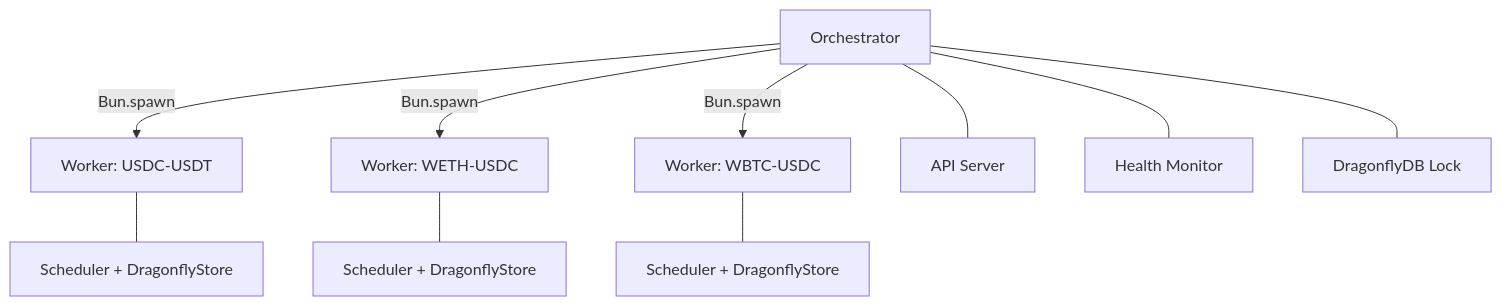
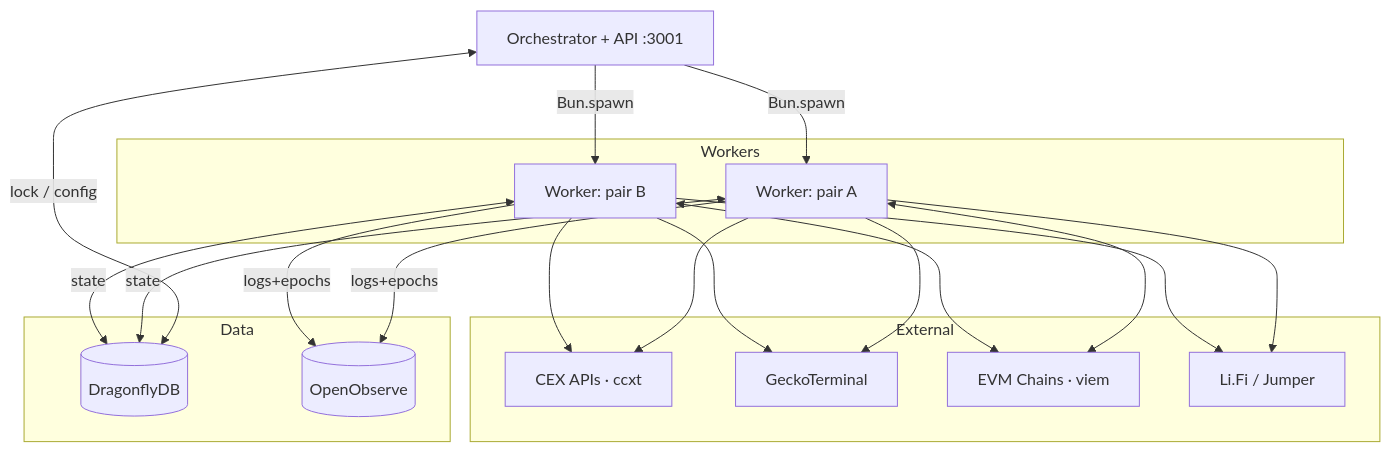
The first of 2 diagrams in docs/architecture.md (btr-supply/light-alm), drawn with Mermaid before and after one commit. The commit also changed other lines of this file and 5 other files, not shown here.

First line of the commit message:
docs: update architecture diagram, remove redundant overview

````diff
--- a/docs/architecture.md
+++ b/docs/architecture.md
@@ -5,12 +5,27 @@
 ```mermaid
 graph TD
-    O[Orchestrator] -->|Bun.spawn| W1[Worker: USDC-USDT]
-    O -->|Bun.spawn| W2[Worker: WETH-USDC]
-    O -->|Bun.spawn| W3[Worker: WBTC-USDC]
-    O --- API[API Server]
-    O --- HM[Health Monitor]
-    O --- DL[DragonflyDB Lock]
-    W1 --- S1[Scheduler + DragonflyStore]
-    W2 --- S2[Scheduler + DragonflyStore]
-    W3 --- S3[Scheduler + DragonflyStore]
+    O[Orchestrator + API :3001] -->|Bun.spawn| W1 & W2
+
+    subgraph Workers
+        W1[Worker: pair A]
+        W2[Worker: pair B]
+    end
+
+    subgraph Data
+        DF[(DragonflyDB)]
+        O2[(OpenObserve)]
+    end
+
+    subgraph External
+        CEX[CEX APIs · ccxt]
+        GECKO[GeckoTerminal]
+        CHAINS[EVM Chains · viem]
+        BRIDGE[Li.Fi / Jumper]
+    end
+
+    O <-->|lock / config| DF
+    W1 & W2 <-->|state| DF
+    W1 & W2 -->|logs+epochs| O2
+    W1 & W2 <--> CHAINS
+    W1 & W2 --> CEX & GECKO & BRIDGE
 ```
````
